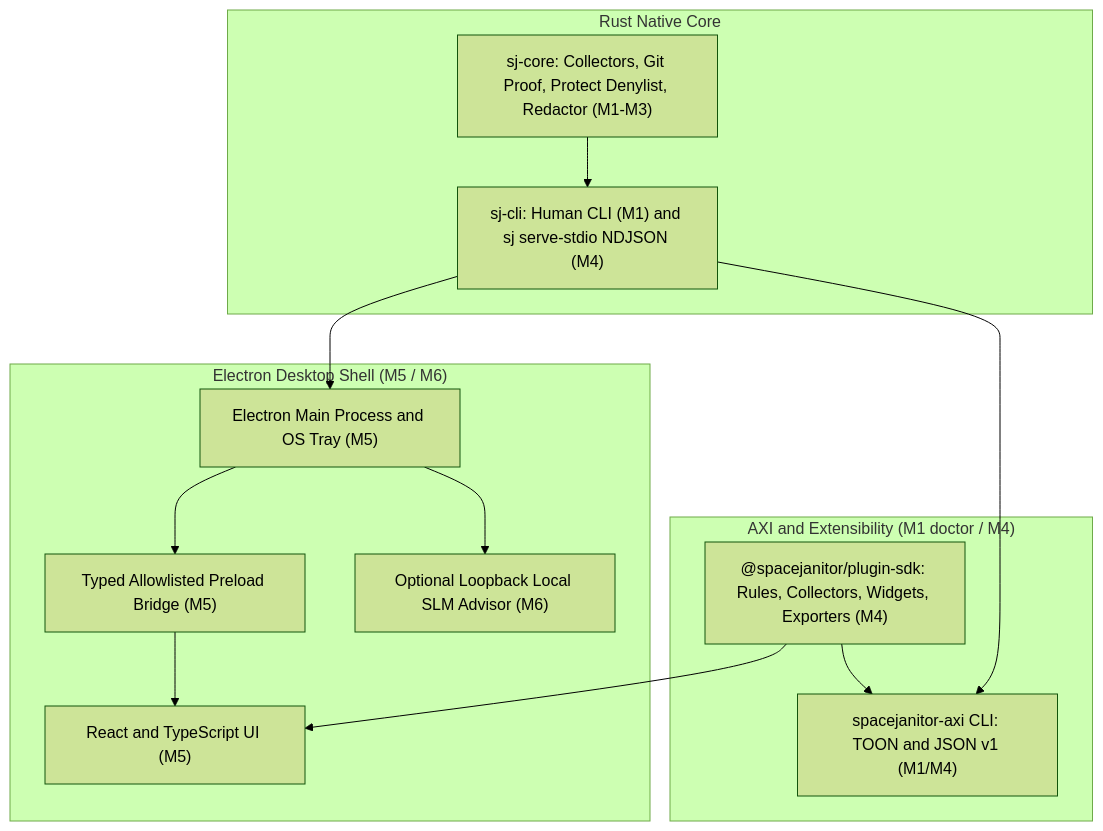
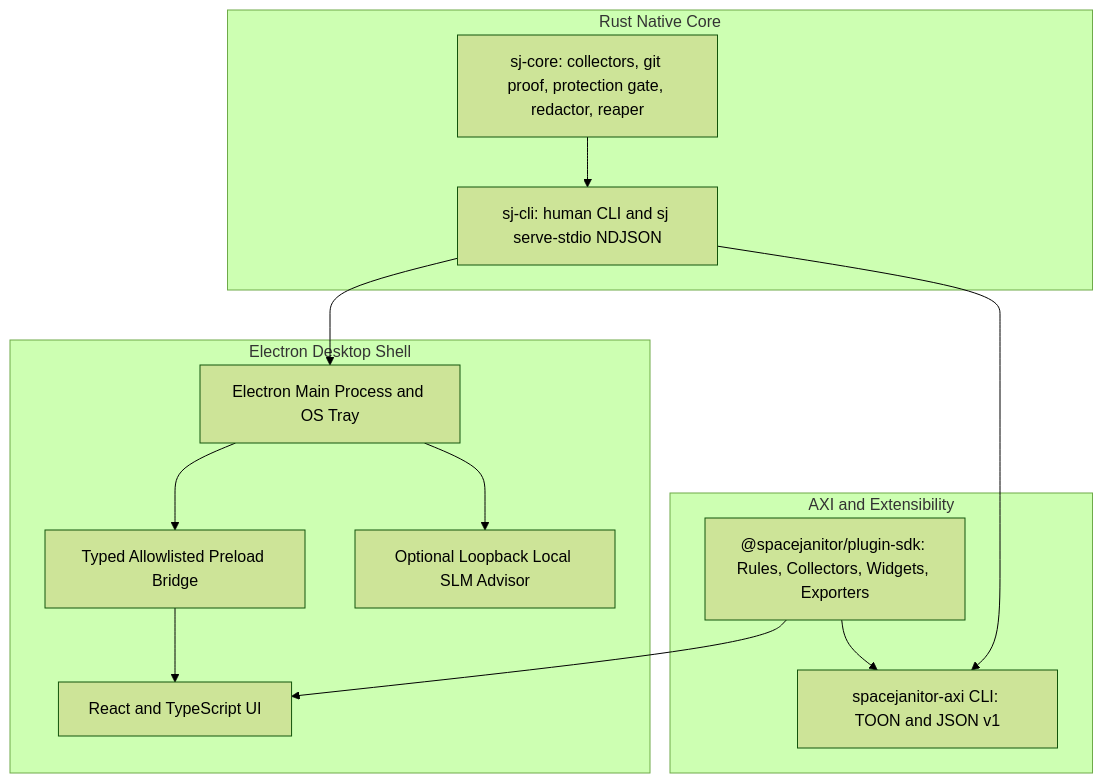
One commit to adibirzu/spacejanitor changed the first of 2 diagrams in docs/ARCHITECTURE.md. Above: the diagram before and after it, drawn with Mermaid (forest theme). The commit also changed other lines of this file and 15 other files, not shown here.

Commit message:
docs: finalize public docs, PRDs and ADRs against main (Rust-only gate, opt-in orphans, status tables)

````diff
--- a/docs/ARCHITECTURE.md
+++ b/docs/ARCHITECTURE.md
@@ -22,28 +21,28 @@
 ```mermaid
 flowchart TB
   subgraph Native["Rust Native Core"]
-    SJCore["sj-core: Collectors, Git Proof, Protect Denylist, Redactor (M1-M3)"]
-    SJCli["sj-cli: Human CLI (M1) and sj serve-stdio NDJSON (M4)"]
+    SJCore["sj-core: collectors, git proof, protection gate, redactor, reaper"]
+    SJCli["sj-cli: human CLI and sj serve-stdio NDJSON"]
     SJCore --> SJCli
   end
 
-  subgraph Desktop["Electron Desktop Shell (M5 / M6)"]
-    Main["Electron Main Process and OS Tray (M5)"]
-    Preload["Typed Allowlisted Preload Bridge (M5)"]
-    UI["React and TypeScript UI (M5)"]
-    SLM["Optional Loopback Local SLM Advisor (M6)"]
+  subgraph Desktop["Electron Desktop Shell"]
+    Main["Electron Main Process and OS Tray"]
+    Preload["Typed Allowlisted Preload Bridge"]
+    UI["React and TypeScript UI"]
+    SLM["Optional Loopback Local SLM Advisor"]
     Main --> Preload
     Preload --> UI
     Main --> SLM
   end
 
-  subgraph Agent["AXI and Extensibility (M1 doctor / M4)"]
-    AXI["spacejanitor-axi CLI: TOON and JSON v1 (M1/M4)"]
-    SDK["@spacejanitor/plugin-sdk: Rules, Collectors, Widgets, Exporters (M4)"]
+  subgraph Agent["AXI and Extensibility"]
+    AXI["spacejanitor-axi CLI: TOON and JSON v1"]
+    SDK["@spacejanitor/plugin-sdk: Rules, Collectors, Widgets, Exporters"]
   end
 
   SJCli --> Main
   SJCli --> AXI
   SDK --> AXI
   SDK --> UI
 ```
````
